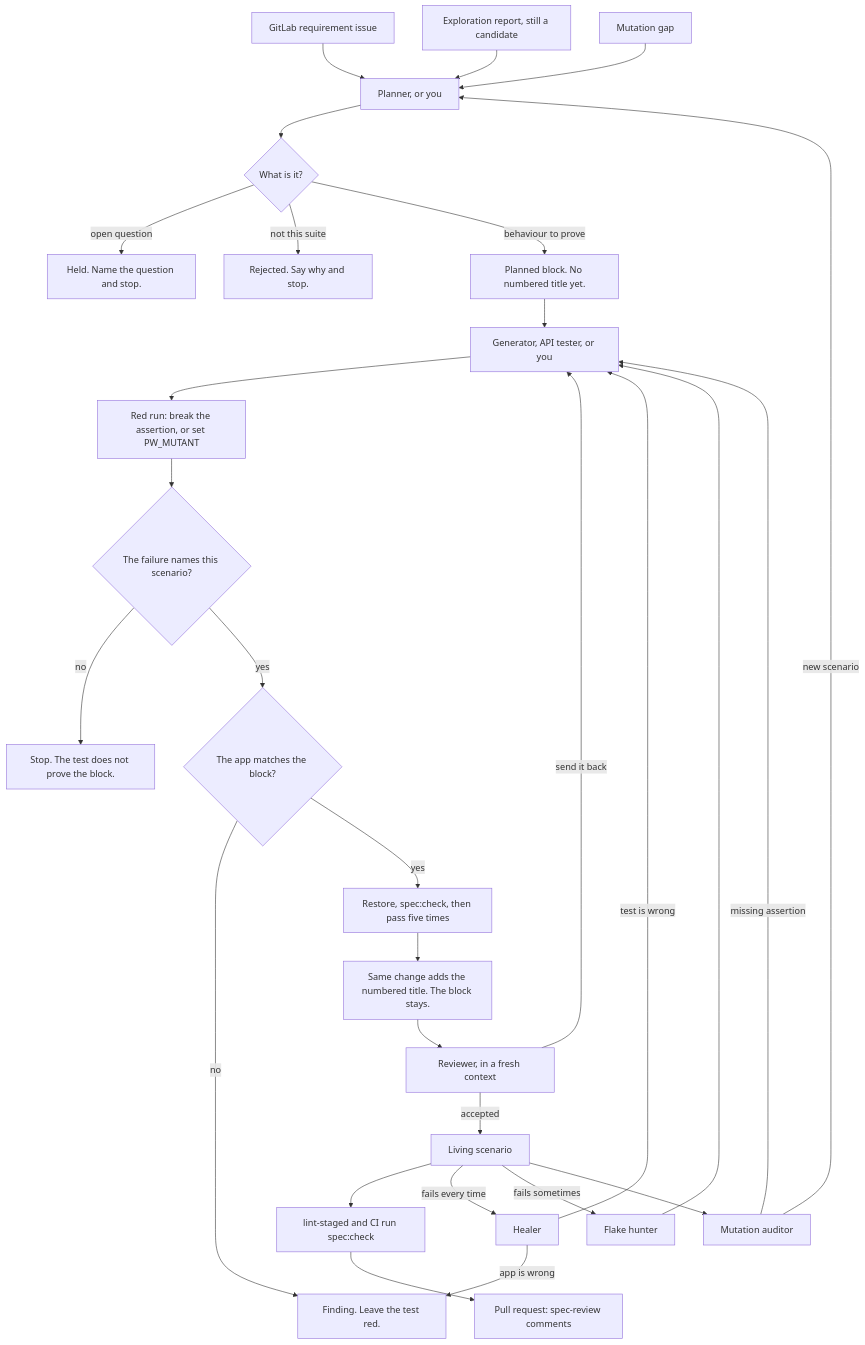
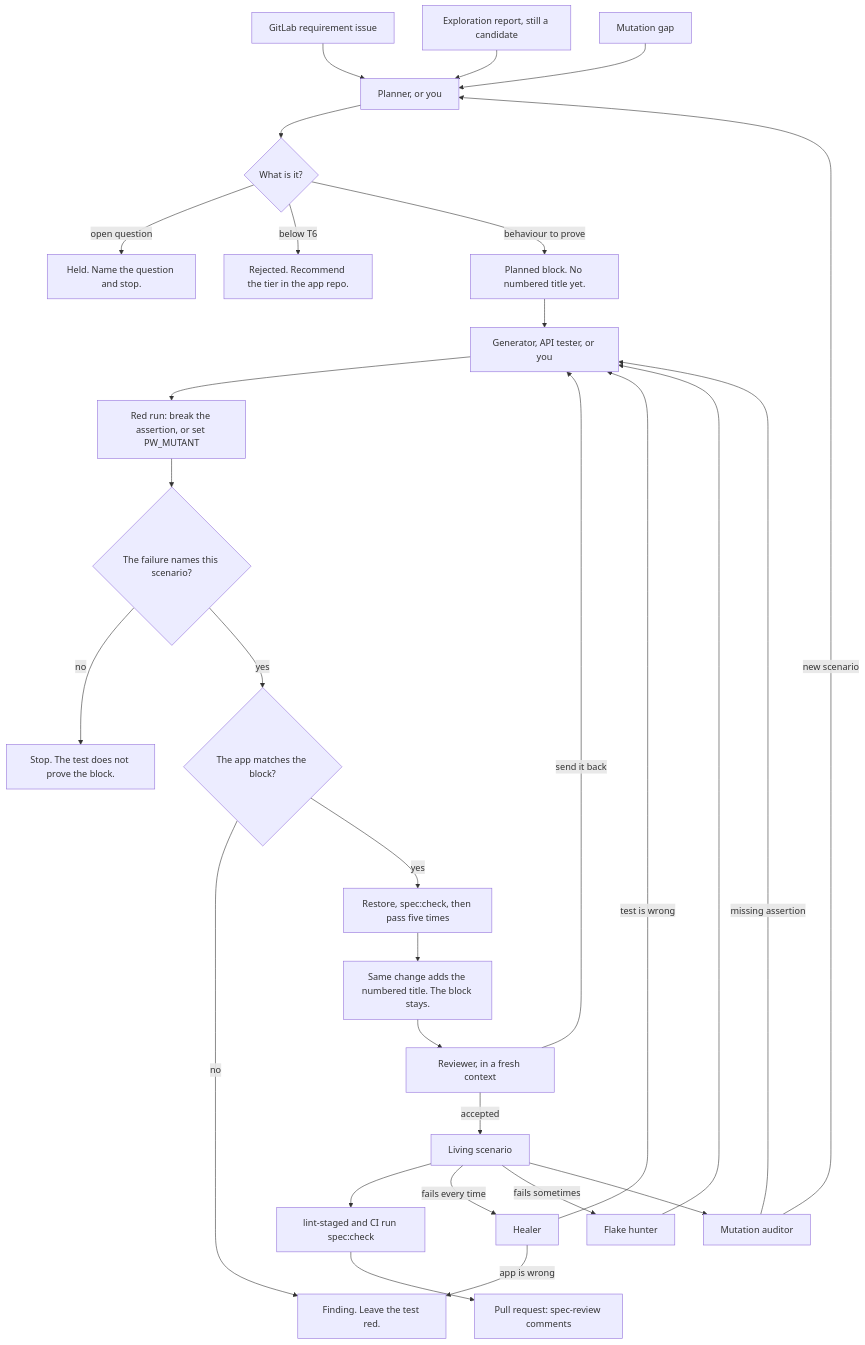
The diagram in docs/spec-guide.md (ianoflynnautomation/bjjeire-tests), drawn with Mermaid before and after one commit. The commit also changed other lines of this file and 38 other files, not shown here.

````diff
--- a/docs/spec-guide.md
+++ b/docs/spec-guide.md
@@ -25,42 +25,42 @@
 ```mermaid
 flowchart TD
   ac["GitLab requirement issue"]
   explore["Exploration report, still a candidate"]
   gap["Mutation gap"]
   planner["Planner, or you"]
 
   ac --> planner
   explore --> planner
   gap --> planner
 
   planner --> kind{"What is it?"}
   kind -->|open question| held["Held. Name the question and stop."]
-  kind -->|not this suite| rejected["Rejected. Say why and stop."]
+  kind -->|below T6| rejected["Rejected. Recommend the tier in the app repo."]
   kind -->|behaviour to prove| block["Planned block. No numbered title yet."]
 
   block --> author["Generator, API tester, or you"]
   author --> red["Red run: break the assertion, or set PW_MUTANT"]
   red --> named{"The failure names this scenario?"}
   named -->|no| weak["Stop. The test does not prove the block."]
   named -->|yes| match{"The app matches the block?"}
   match -->|no| finding["Finding. Leave the test red."]
   match -->|yes| green["Restore, spec:check, then pass five times"]
 
   green --> listed["Same change adds the numbered title. The block stays."]
   listed --> reviewer["Reviewer, in a fresh context"]
   reviewer -->|send it back| author
   reviewer -->|accepted| living["Living scenario"]
 
   living --> gate["lint-staged and CI run spec:check"]
   gate --> pr["Pull request: spec-review comments"]
 
   living -->|fails every time| healer["Healer"]
   living -->|fails sometimes| flake["Flake hunter"]
   healer -->|test is wrong| author
   healer -->|app is wrong| finding
   flake --> author
 
   living --> audit["Mutation auditor"]
   audit -->|new scenario| planner
   audit -->|missing assertion| author
 ```
````
